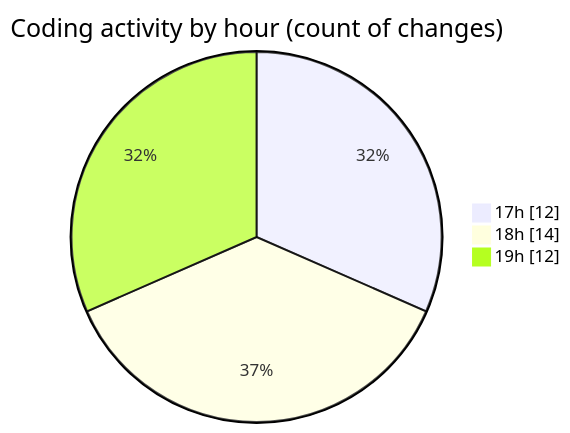
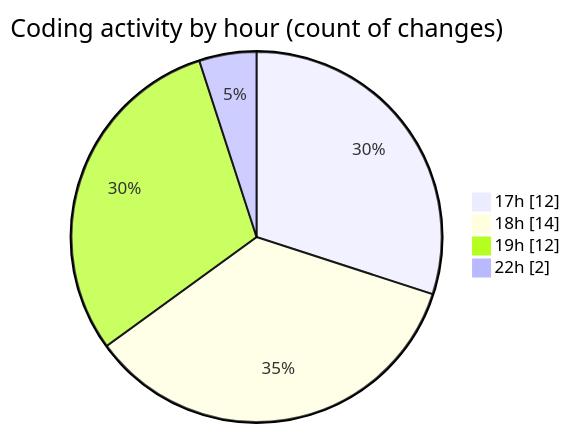
One commit to donsfak/code-tracking changed the second of 2 diagrams in 2025-02-16/uber_clone/README.md. Above: the diagram before and after it, drawn with Mermaid. The commit also changed other lines of this file and 1 other file, not shown here.

````diff
--- a/2025-02-16/uber_clone/README.md
+++ b/2025-02-16/uber_clone/README.md
@@ -41,7 +42,8 @@
 ```mermaid
 pie showData
 title Coding activity by hour (count of changes)
 "17h" : 12
 "18h" : 14
 "19h" : 12
+"22h" : 2
 ```
````
